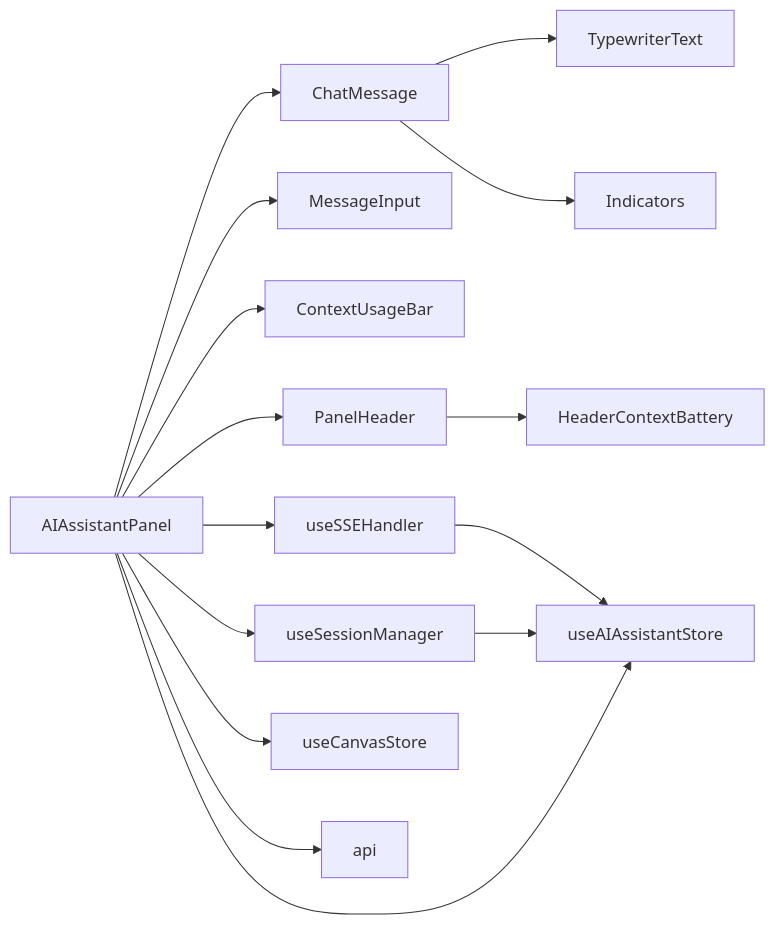
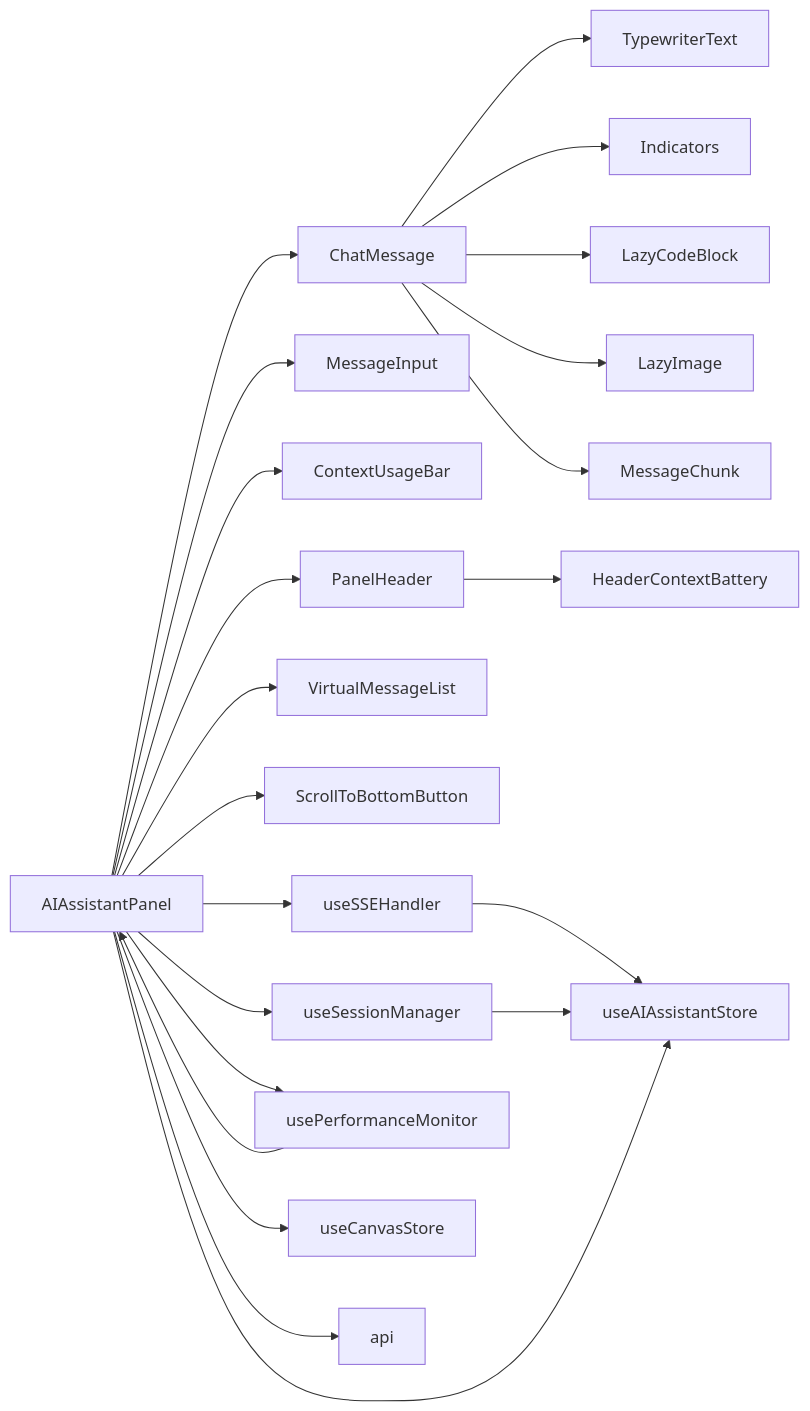
The fifth of 5 diagrams in .qoder/repowiki/zh/content/前端应用架构/UI组件库/AI助手组件.md (KunLabAI/KunFlix), drawn with Mermaid before and after one commit. The commit also changed other lines of this file and 8 other files, not shown here.

````diff
--- a/.qoder/repowiki/zh/content/前端应用架构/UI组件库/AI助手组件.md
+++ b/.qoder/repowiki/zh/content/前端应用架构/UI组件库/AI助手组件.md
@@ -462,17 +336,24 @@
 ```mermaid
 graph LR
 Panel["AIAssistantPanel"] --> Msg["ChatMessage"]
 Panel --> Input["MessageInput"]
 Panel --> ContextBar["ContextUsageBar"]
 Panel --> Header["PanelHeader"]
+Panel --> VirtualList["VirtualMessageList"]
+Panel --> ScrollButton["ScrollToBottomButton"]
 Header --> HeaderContextBattery["HeaderContextBattery"]
 Panel --> SSE["useSSEHandler"]
 Panel --> Session["useSessionManager"]
+Panel --> PerfMonitor["usePerformanceMonitor"]
 Msg --> Typewriter["TypewriterText"]
 Msg --> Indicators["Indicators"]
+Msg --> LazyCode["LazyCodeBlock"]
+Msg --> LazyImage["LazyImage"]
+Msg --> MessageChunk["MessageChunk"]
 SSE --> Store["useAIAssistantStore"]
 Session --> Store
 Panel --> Store
 Panel --> CanvasStore["useCanvasStore"]
 Panel --> API["api"]
+PerfMonitor --> Panel
 ```
````
